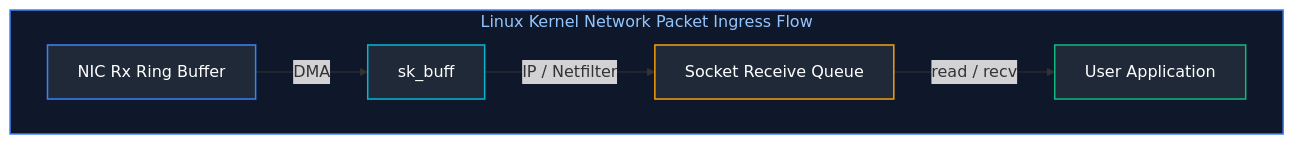
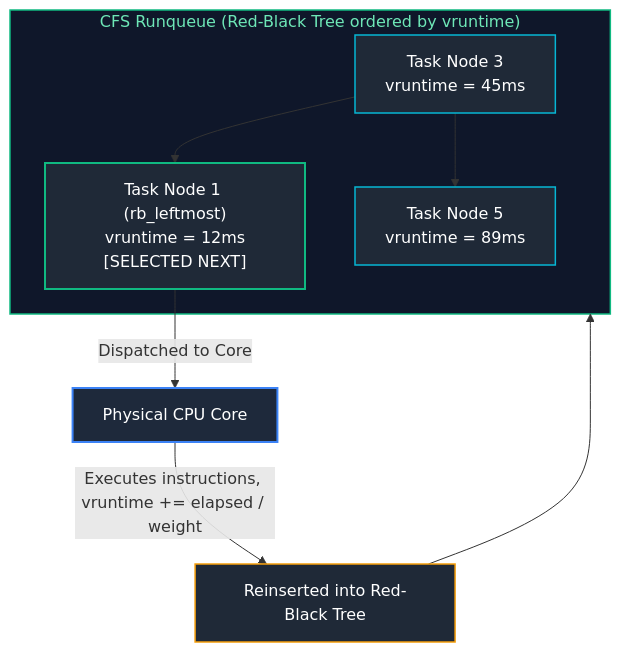
One commit to joydeep-biswas/Interview-Preparation changed the sixth of 12 diagrams in Cloud Engineering/01_linux_operating_systems_and_scripting.md. Above: the diagram before and after it, drawn with Mermaid. The commit also changed other lines of this file and 143 other files, not shown here.

````diff
--- a/Cloud Engineering/01_linux_operating_systems_and_scripting.md
+++ b/Cloud Engineering/01_linux_operating_systems_and_scripting.md
@@ -468,15 +636,21 @@
 ```mermaid
-flowchart LR
-    subgraph NetRX ["Linux Kernel Network Packet Ingress Flow"]
-        direction LR
-        NIC["NIC Rx Ring Buffer"] -->|"DMA"| SKB["sk_buff"]
-        SKB -->|"IP / Netfilter"| SockQ["Socket Receive Queue"]
-        SockQ -->|"read / recv"| App["User Application"]
+flowchart TD
+    subgraph CFS ["CFS Runqueue (Red-Black Tree ordered by vruntime)"]
+        Root["Task Node 3<br/>vruntime = 45ms"]
+        Left["Task Node 1 (rb_leftmost)<br/>vruntime = 12ms<br/>[SELECTED NEXT]"]
+        Right["Task Node 5<br/>vruntime = 89ms"]
+        Root --> Left
+        Root --> Right
     end
 
-    style NetRX fill:#0f172a,stroke:#3b82f6,stroke-width:1.5px,color:#93c5fd
-    style NIC fill:#1f2937,stroke:#3b82f6,stroke-width:1.5px,color:#fff
-    style SKB fill:#1f2937,stroke:#06b6d4,stroke-width:1.5px,color:#fff
-    style SockQ fill:#1f2937,stroke:#f59e0b,stroke-width:1.5px,color:#fff
-    style App fill:#1f2937,stroke:#10b981,stroke-width:1.5px,color:#fff
+    Left -->|"Dispatched to Core"| CPUCore["Physical CPU Core"]
+    CPUCore -->|"Executes instructions, vruntime += elapsed / weight"| Reinsert["Reinserted into Red-Black Tree"]
+    Reinsert --> CFS
+
+    style CFS fill:#0f172a,stroke:#10b981,stroke-width:1.5px,color:#6ee7b7
+    style CPUCore fill:#1e293b,stroke:#3b82f6,stroke-width:2px,color:#fff
+    style Left fill:#1f2937,stroke:#10b981,stroke-width:2px,color:#fff
+    style Root fill:#1f2937,stroke:#06b6d4,stroke-width:1.5px,color:#fff
+    style Right fill:#1f2937,stroke:#06b6d4,stroke-width:1.5px,color:#fff
+    style Reinsert fill:#1f2937,stroke:#f59e0b,stroke-width:1.5px,color:#fff
 ```
````
